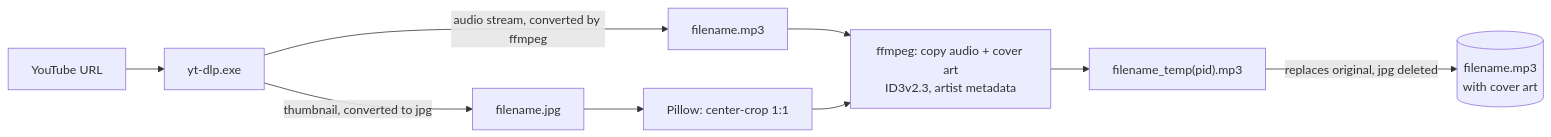
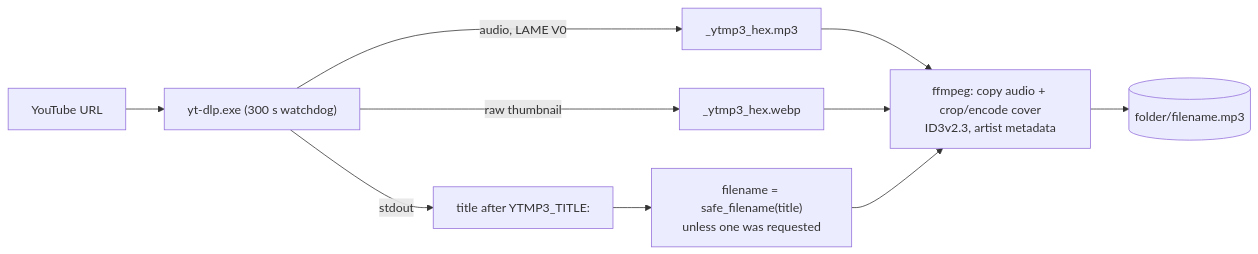
Before and after one commit to martin-iflap/YT-MP3-Downloader: diagram 11 of 18 in ARCHITECTURE.md, drawn with Mermaid. The commit also changed other lines of this file and 11 other files, not shown here.

````diff
--- a/ARCHITECTURE.md
+++ b/ARCHITECTURE.md
@@ -465,11 +478,12 @@
 ```mermaid
 flowchart LR
-    U["YouTube URL"] --> Y["yt-dlp.exe"]
-    Y -- "audio stream, converted by ffmpeg" --> M["filename.mp3"]
-    Y -- "thumbnail, converted to jpg" --> J["filename.jpg"]
-    J --> P["Pillow: center-crop 1:1"]
-    M --> F["ffmpeg: copy audio + cover art<br/>ID3v2.3, artist metadata"]
-    P --> F
-    F --> T["filename_temp(pid).mp3"]
-    T -- "replaces original, jpg deleted" --> OUT[("filename.mp3<br/>with cover art")]
+    U["YouTube URL"] --> Y["yt-dlp.exe (300 s watchdog)"]
+    Y -- "audio, LAME V0" --> M["_ytmp3_hex.mp3"]
+    Y -- "raw thumbnail" --> J["_ytmp3_hex.webp"]
+    Y -- "stdout" --> T["title after YTMP3_TITLE:"]
+    T --> N["filename = safe_filename(title)<br/>unless one was requested"]
+    M --> F["ffmpeg: copy audio + crop/encode cover<br/>ID3v2.3, artist metadata"]
+    J --> F
+    N --> F
+    F --> OUT[("folder/filename.mp3")]
 ```
````
